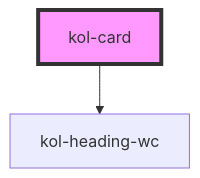
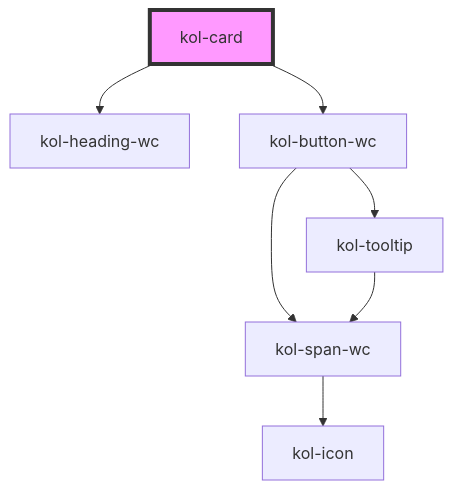
Before and after one commit to public-ui/kolibri: the diagram in packages/components/src/components/card/readme.md, drawn with Mermaid. The commit also changed other lines of this file and 52 other files, not shown here.

````diff
--- a/packages/components/src/components/card/readme.md
+++ b/packages/components/src/components/card/readme.md
@@ -103,5 +106,10 @@
 ```mermaid
 graph TD;
   kol-card --> kol-heading-wc
+  kol-card --> kol-button-wc
+  kol-button-wc --> kol-span-wc
+  kol-button-wc --> kol-tooltip
+  kol-span-wc --> kol-icon
+  kol-tooltip --> kol-span-wc
   style kol-card fill:#f9f,stroke:#333,stroke-width:4px
 ```
````
